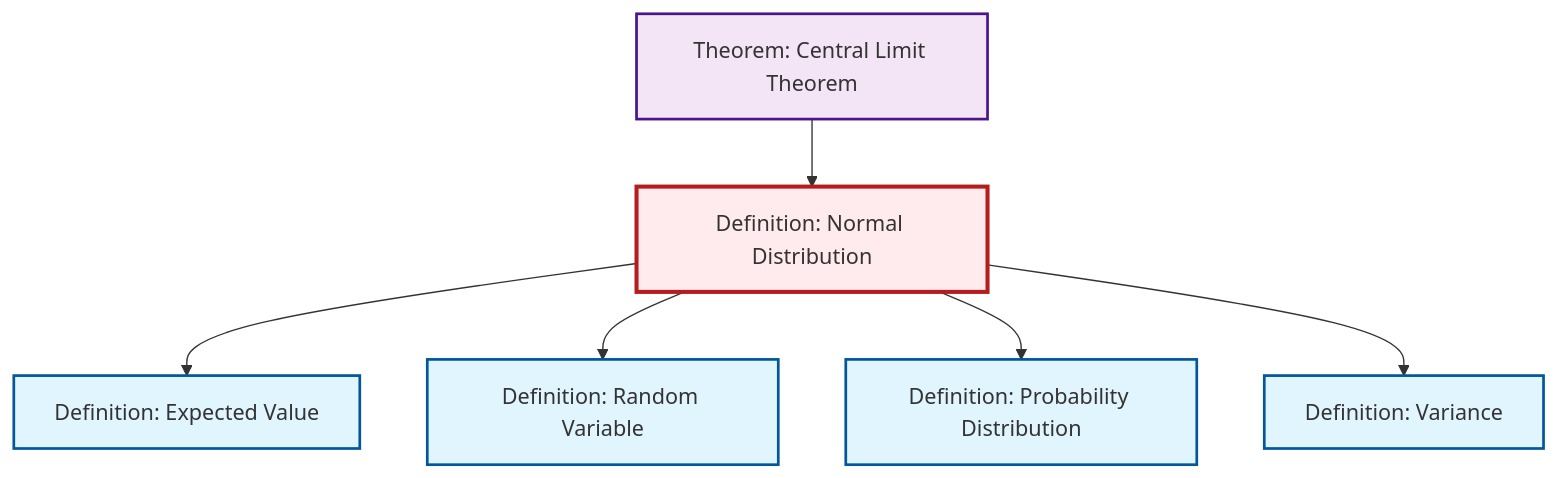
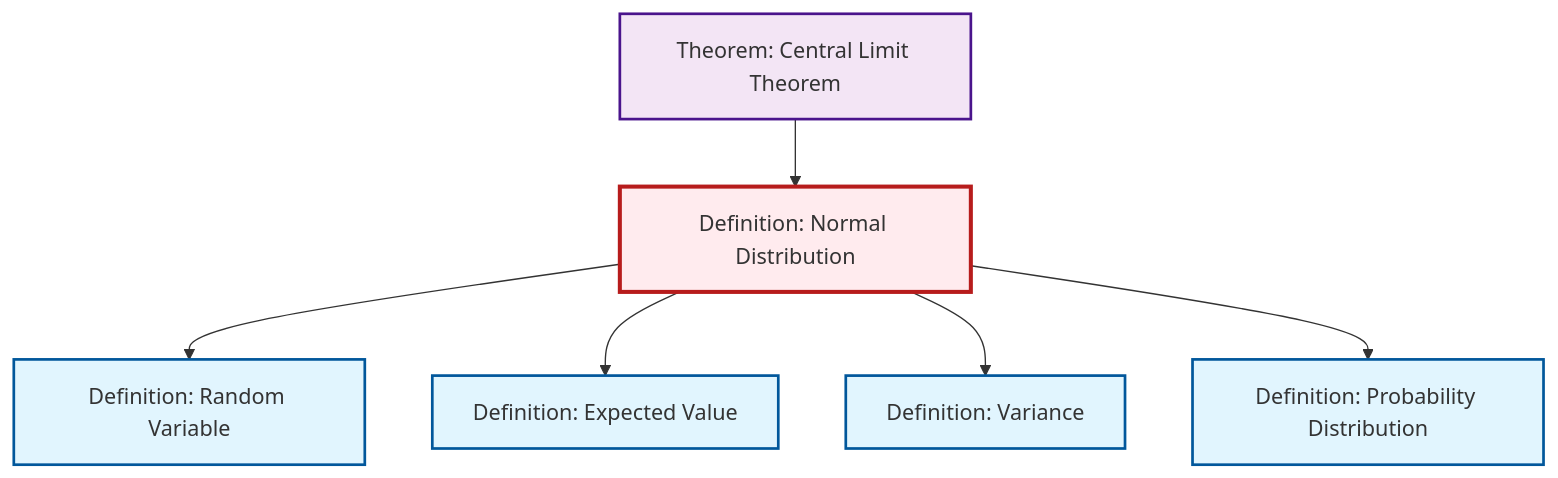
One commit to RK0429/ModernMath changed the diagram in content/en/probability-statistics/def-normal-distribution.qmd. Above: the diagram before and after it, drawn with Mermaid. The commit also changed other lines of this file and 1069 other files, not shown here.

````diff
--- a/content/en/probability-statistics/def-normal-distribution.qmd
+++ b/content/en/probability-statistics/def-normal-distribution.qmd
@@ -129,26 +129,26 @@
 ```{mermaid}
 %%| fig-cap: "Local dependency graph"
 graph TD
     classDef definition fill:#e1f5fe,stroke:#01579b,stroke-width:2px
     classDef theorem fill:#f3e5f5,stroke:#4a148c,stroke-width:2px
     classDef axiom fill:#fff3e0,stroke:#e65100,stroke-width:2px
     classDef example fill:#e8f5e9,stroke:#1b5e20,stroke-width:2px
     classDef current fill:#ffebee,stroke:#b71c1c,stroke-width:3px
+    def-expectation["Definition: Expected Value"]:::definition
+    thm-central-limit["Theorem: Central Limit Theorem"]:::theorem
+    def-random-variable["Definition: Random Variable"]:::definition
+    def-variance["Definition: Variance"]:::definition
+    def-probability-distribution["Definition: Probability Distribution"]:::definition
     def-normal-distribution["Definition: Normal Distribution"]:::definition
-    def-expectation["Definition: Expected Value"]:::definition
-    def-probability-distribution["Definition: Probability Distribution"]:::definition
-    def-variance["Definition: Variance"]:::definition
-    def-random-variable["Definition: Random Variable"]:::definition
-    thm-central-limit["Theorem: Central Limit Theorem"]:::theorem
+    def-normal-distribution --> def-random-variable
+    def-normal-distribution --> def-expectation
+    def-normal-distribution --> def-variance
+    def-normal-distribution --> def-probability-distribution
     thm-central-limit --> def-normal-distribution
-    def-normal-distribution --> def-expectation
-    def-normal-distribution --> def-random-variable
-    def-normal-distribution --> def-probability-distribution
-    def-normal-distribution --> def-variance
     class def-normal-distribution current
     click def-expectation "def-expectation.html" "Go to Expected Value definition"
+    click thm-central-limit "thm-central-limit.html" "Go to Central Limit Theorem theorem"
+    click def-random-variable "def-random-variable.html" "Go to Random Variable definition"
+    click def-variance "def-variance.html" "Go to Variance definition"
     click def-probability-distribution "def-probability-distribution.html" "Go to Probability Distribution definition"
-    click def-variance "def-variance.html" "Go to Variance definition"
-    click def-random-variable "def-random-variable.html" "Go to Random Variable definition"
-    click thm-central-limit "thm-central-limit.html" "Go to Central Limit Theorem theorem"
 ```
````
